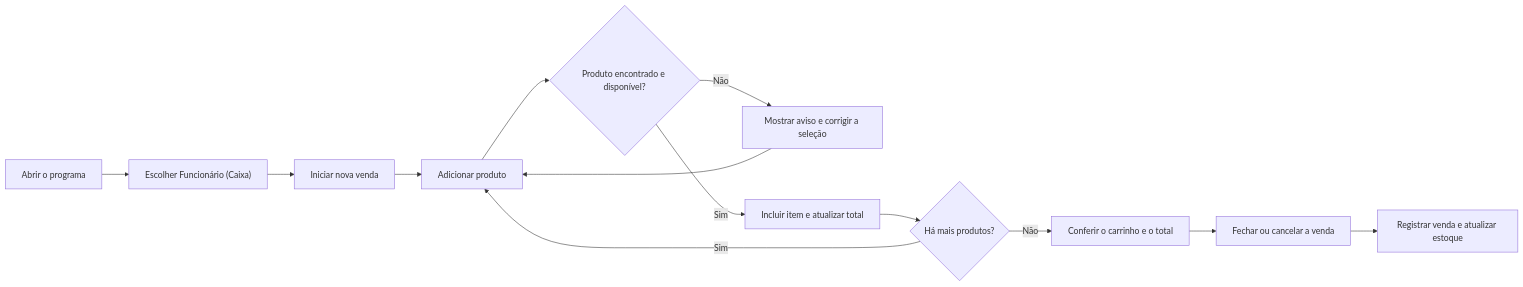
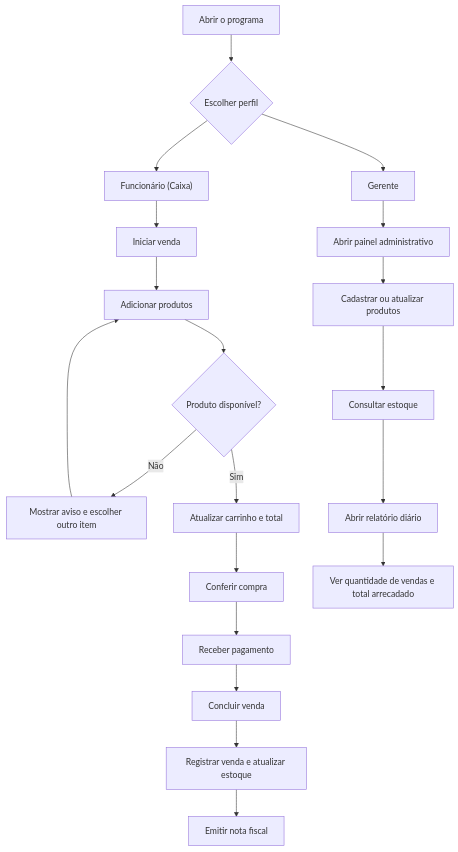
One commit to AbnerG1/projeto-BLUE-print- changed the first of 5 diagrams in docs/diagramas-mermaid.md. Above: the diagram before and after it, drawn with Mermaid. The commit also changed other lines of this file, not shown here.

Commit message:
docs: atualizar diagramas de jornada e arquitetura

```diff
--- a/docs/diagramas-mermaid.md
+++ b/docs/diagramas-mermaid.md
@@ -5,15 +5,22 @@
 ~~~mermaid
-flowchart LR
- A["Abrir o programa"] --> B["Escolher Funcionário (Caixa)"]
- B --> C["Iniciar nova venda"]
- C --> D["Adicionar produto"]
- D --> E{"Produto encontrado e disponível?"}
- E -- "Não" --> F["Mostrar aviso e corrigir a seleção"]
- F --> D
- E -- "Sim" --> G["Incluir item e atualizar total"]
- G --> H{"Há mais produtos?"}
- H -- "Sim" --> D
- H -- "Não" --> I["Conferir o carrinho e o total"]
- I --> J["Fechar ou cancelar a venda"]
- J --> K["Registrar venda e atualizar estoque"]
+flowchart TD
+ A["Abrir o programa"] --> B{"Escolher perfil"}
+ B --> C["Funcionário (Caixa)"]
+ B --> G["Gerente"]
+ C --> D["Iniciar venda"]
+ D --> E["Adicionar produtos"]
+ E --> F{"Produto disponível?"}
+ F -- "Não" --> E1["Mostrar aviso e escolher outro item"]
+ E1 --> E
+ F -- "Sim" --> H["Atualizar carrinho e total"]
+ H --> I["Conferir compra"]
+ I --> J["Receber pagamento"]
+ J --> K["Concluir venda"]
+ K --> L["Registrar venda e atualizar estoque"]
+ L --> M["Emitir nota fiscal"]
+ G --> N["Abrir painel administrativo"]
+ N --> O["Cadastrar ou atualizar produtos"]
+ O --> P["Consultar estoque"]
+ P --> Q["Abrir relatório diário"]
+ Q --> R["Ver quantidade de vendas e total arrecadado"]
 ~~~
```
